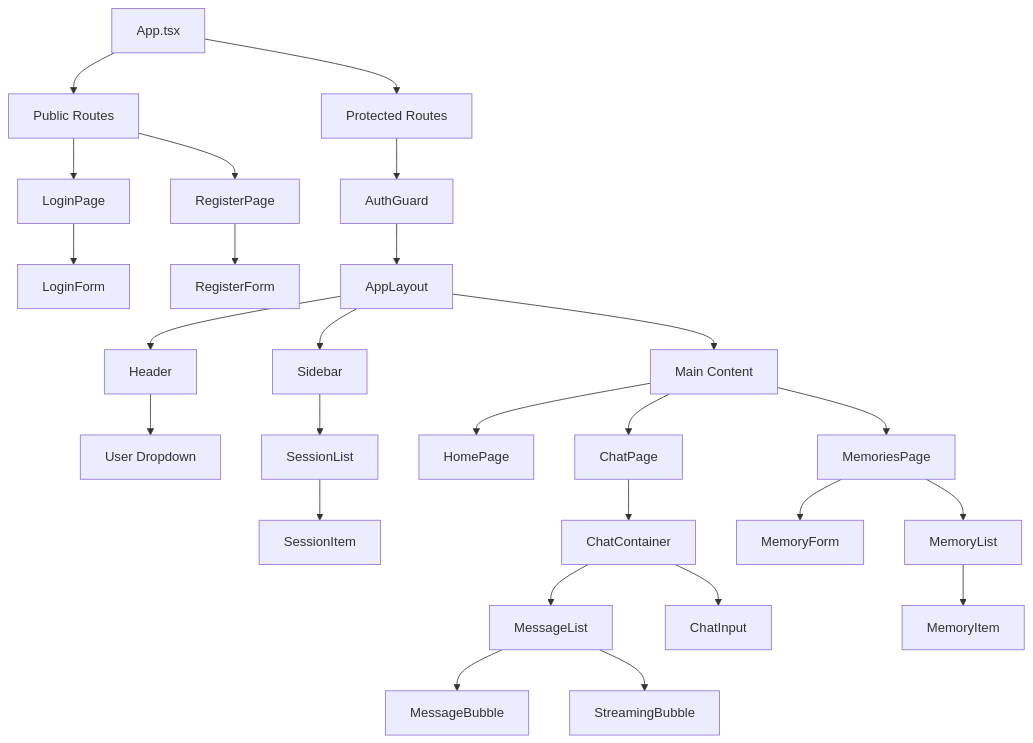
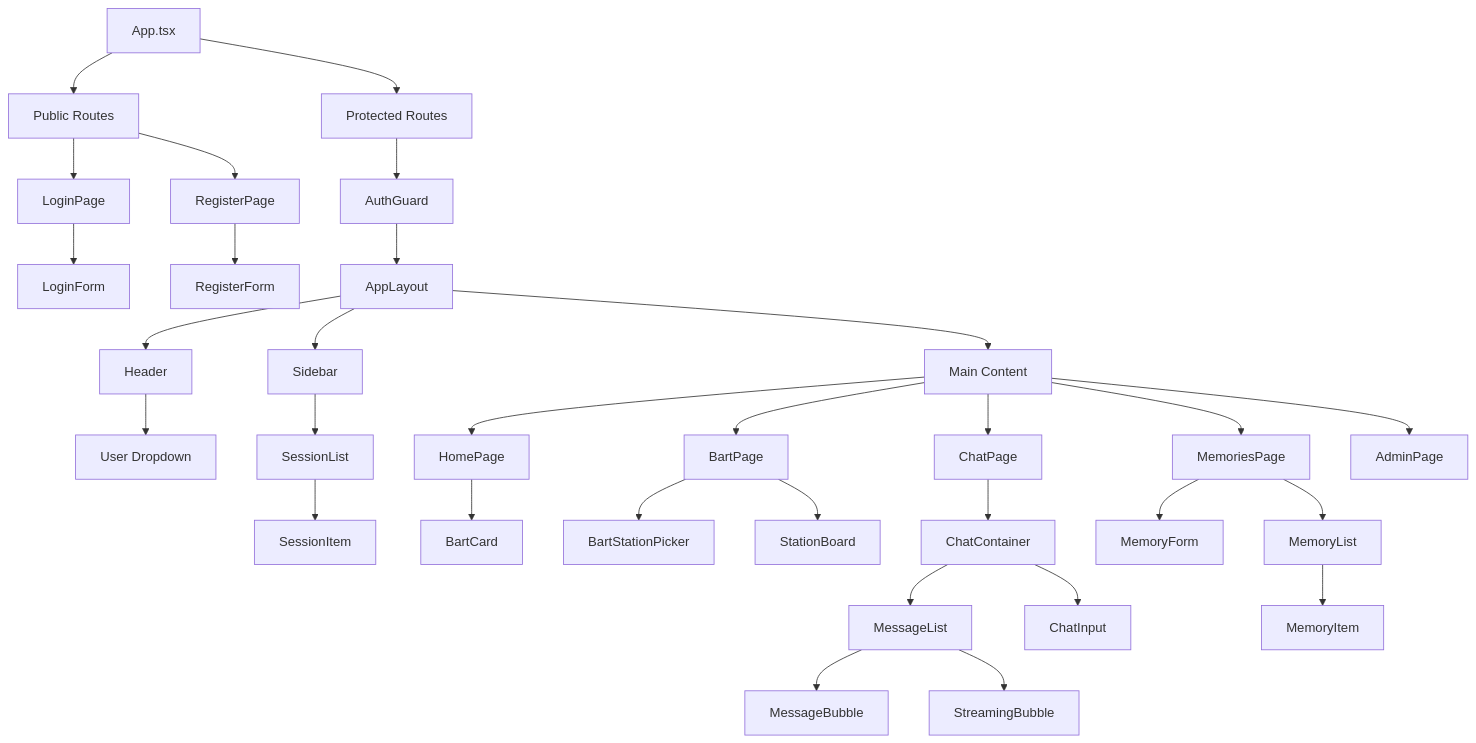
One commit to tekkno89/alfred-pa changed the first of 4 diagrams in .claude/diagrams/frontend-architecture.md. Above: the diagram before and after it, drawn with Mermaid. The commit also changed other lines of this file and 30 other files, not shown here.

First line of the commit message:
feat: Add dashboard with BART real-time departures and admin panel

````diff
--- a/.claude/diagrams/frontend-architecture.md
+++ b/.claude/diagrams/frontend-architecture.md
@@ -5,35 +5,41 @@
 ```mermaid
 graph TD
     App[App.tsx] --> PublicRoutes[Public Routes]
     App --> ProtectedRoutes[Protected Routes]
 
     PublicRoutes --> LoginPage[LoginPage]
     PublicRoutes --> RegisterPage[RegisterPage]
     LoginPage --> LoginForm[LoginForm]
     RegisterPage --> RegisterForm[RegisterForm]
 
     ProtectedRoutes --> AuthGuard[AuthGuard]
     AuthGuard --> AppLayout[AppLayout]
 
     AppLayout --> Header[Header]
     AppLayout --> Sidebar[Sidebar]
     AppLayout --> MainContent[Main Content]
 
     Header --> UserDropdown[User Dropdown]
     Sidebar --> SessionList[SessionList]
     SessionList --> SessionItem[SessionItem]
 
     MainContent --> HomePage[HomePage]
     MainContent --> ChatPage[ChatPage]
     MainContent --> MemoriesPage[MemoriesPage]
+    MainContent --> BartPage[BartPage]
+    MainContent --> AdminPage[AdminPage]
+
+    HomePage --> BartCard[BartCard]
+    BartPage --> BartStationPicker[BartStationPicker]
+    BartPage --> StationBoard[StationBoard]
 
     ChatPage --> ChatContainer[ChatContainer]
     ChatContainer --> MessageList[MessageList]
     ChatContainer --> ChatInput[ChatInput]
     MessageList --> MessageBubble[MessageBubble]
     MessageList --> StreamingBubble[StreamingBubble]
 
     MemoriesPage --> MemoryForm[MemoryForm]
     MemoriesPage --> MemoryList[MemoryList]
     MemoryList --> MemoryItem[MemoryItem]
 ```
````
